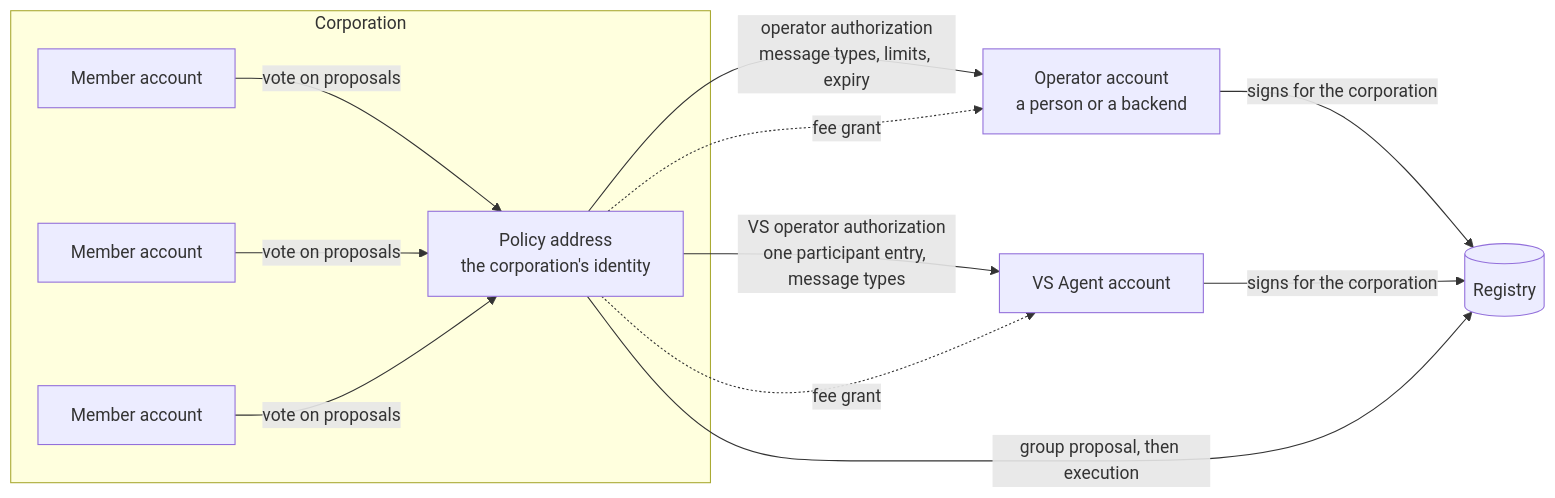
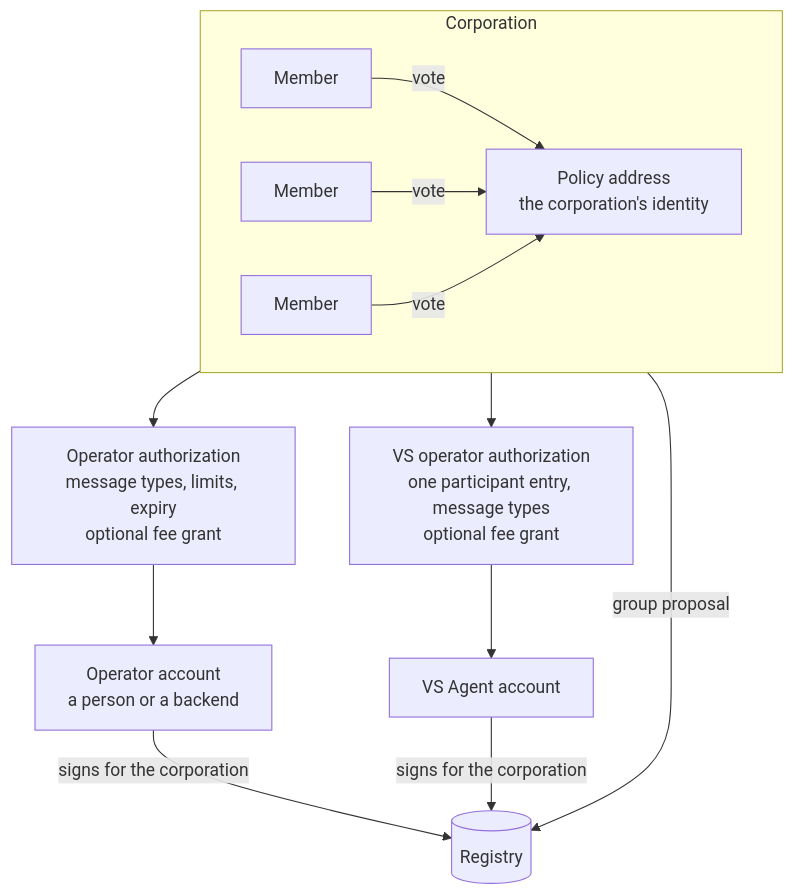
Before and after one commit to verana-labs/verana-docs: the diagram in docs/understand/ecosystems/corporations-and-operators.md, drawn with Mermaid. The commit also changed 4 other files, not shown here.

Commit message:
docs(understand): diagrams with single-line edge labels, no overlapping text

````diff
--- a/docs/understand/ecosystems/corporations-and-operators.md
+++ b/docs/understand/ecosystems/corporations-and-operators.md
@@ -11,13 +11,14 @@
 ```mermaid
-flowchart LR
+flowchart TB
   subgraph corp[Corporation]
-    M1[Member account] & M2[Member account] & M3[Member account] -->|vote on proposals| P[Policy address<br/>the corporation's identity]
+    direction LR
+    M1[Member] & M2[Member] & M3[Member] -->|vote| P[Policy address<br/>the corporation's identity]
   end
-  P -->|operator authorization<br/>message types, limits, expiry| O[Operator account<br/>a person or a backend]
-  P -->|VS operator authorization<br/>one participant entry, message types| A[VS Agent account]
-  P -.->|fee grant| O
-  P -.->|fee grant| A
-  O -->|signs for the corporation| R[(Registry)]
+  P -->|group proposal| R[(Registry)]
+  P --> OA[Operator authorization<br/>message types, limits, expiry<br/>optional fee grant]
+  P --> VA[VS operator authorization<br/>one participant entry, message types<br/>optional fee grant]
+  OA --> O[Operator account<br/>a person or a backend]
+  VA --> A[VS Agent account]
+  O -->|signs for the corporation| R
   A -->|signs for the corporation| R
-  P -->|group proposal, then execution| R
 ```
````
